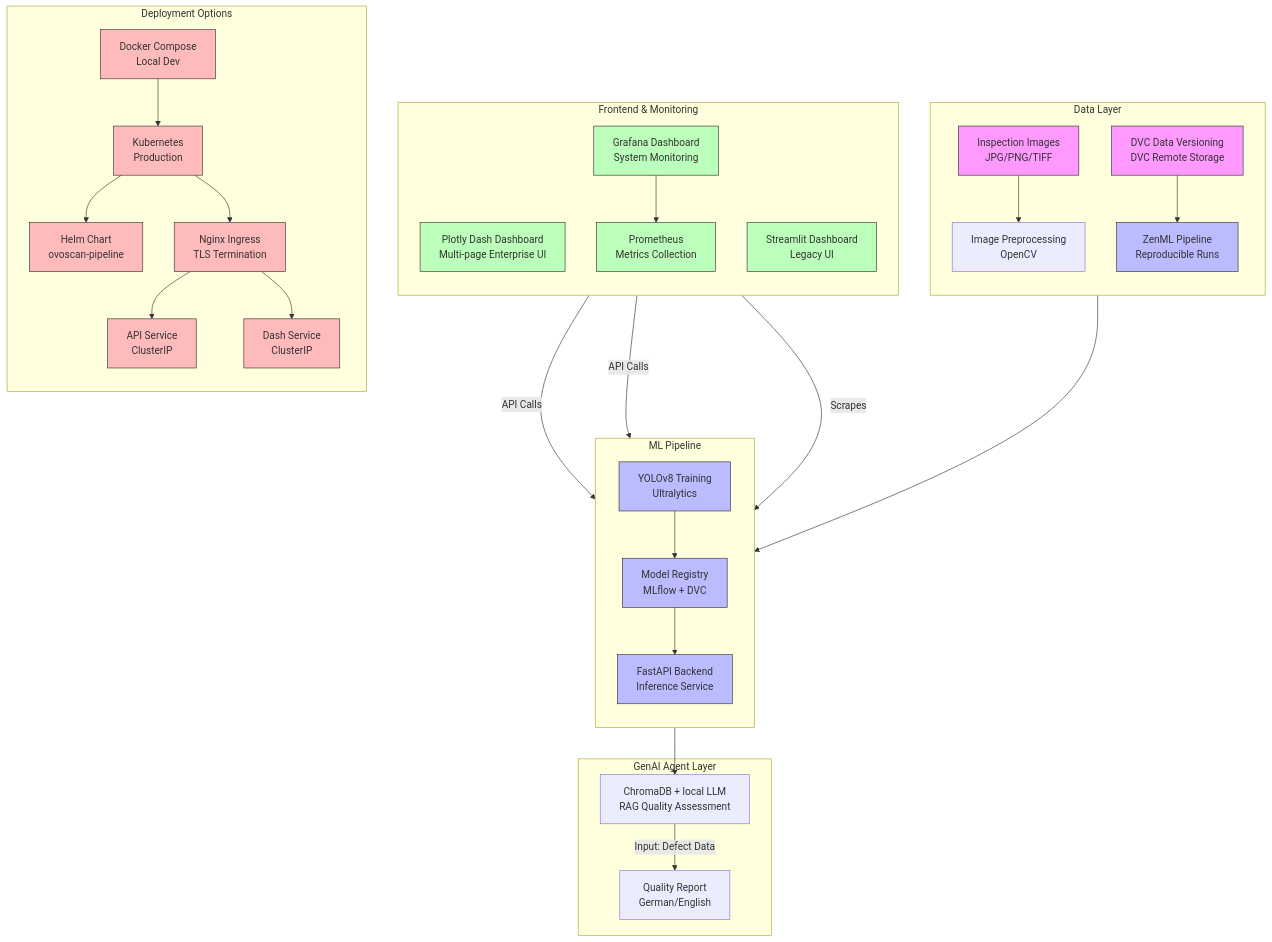
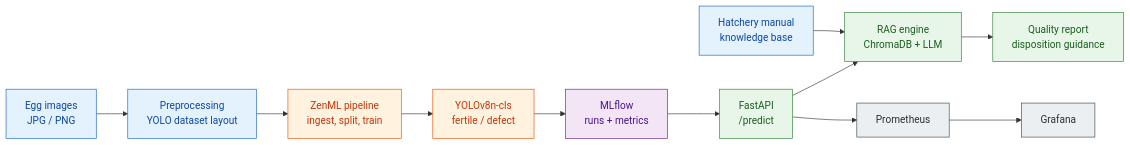
The diagram in README.md (ksnishat/ovoscan-pipeline), drawn with Mermaid before and after one commit.

Commit message:
docs: redesign the architecture diagram so it renders as a pipeline
The diagram had a disconnected Deployment subgraph with no edges to the rest, so
Mermaid laid it out independently and GitHub rendered it floating away from the
pipeline with no reading order.

Replaced with a single connected left-to-right flow: images -> preprocessing ->
ZenML -> YOLOv8-cls -> MLflow -> API -> RAG report and monitoring. Verified by
rendering the exact block from this README with mermaid-cli.

````diff
--- a/README.md
+++ b/README.md
@@ -44,52 +44,25 @@
 ```mermaid
-graph TD
-    %% Data Sources
-    subgraph Data[Data Layer]
-        direction TB
-        Images[Inspection Images<br/>JPG/PNG/TIFF] --> Preprocessing[Image Preprocessing<br/>OpenCV]
-        DVC_Data[DVC Data Versioning<br/>DVC Remote Storage] --> ZenML[ZenML Pipeline<br/>Reproducible Runs]
-    end
-    
-    %% ML Pipeline
-    subgraph ML_Pipeline[ML Pipeline]
-        direction TB
-        ZenML --> YOLO[YOLOv8 Training<br/>Ultralytics]
-        YOLO --> Model_Registry[Model Registry<br/>MLflow + DVC]
-        Model_Registry --> API_Backend[FastAPI Backend<br/>Inference Service]
-    end
-    
-    %% GenAI Agent
-    subgraph GenAI[GenAI Agent Layer]
-        Ollama[ChromaDB + local LLM<br/>RAG Quality Assessment] -->|Input: Defect Data| Report[Quality Report<br/>German/English]
-        API_Backend --> Ollama
-    end
-    
-    %% Frontend & Monitoring
-    subgraph Frontend[Frontend & Monitoring]
-        direction TB
-        Dash[Plotly Dash Dashboard<br/>Multi-page Enterprise UI] -->|API Calls| API_Backend
-        Streamlit[Streamlit Dashboard<br/>Legacy UI] -->|API Calls| API_Backend
-        Grafana[Grafana Dashboard<br/>System Monitoring] --> Prometheus
-        Prometheus[Prometheus<br/>Metrics Collection] -->|Scrapes| API_Backend
-    end
-    
-    %% Deployment
-    subgraph Deployment[Deployment Options]
-        direction TB
-        Docker[Docker Compose<br/>Local Dev] --> K8s[Kubernetes<br/>Production]
-        K8s --> Helm[Helm Chart<br/>ovoscan-pipeline]
-        K8s --> Ingress[Nginx Ingress<br/>TLS Termination]
-        Ingress --> API_Service[API Service<br/>ClusterIP]
-        Ingress --> Dash_Service[Dash Service<br/>ClusterIP]
-    end
-    
-    %% Styling
-    classDef data fill:#f9f,stroke:#333,stroke-width:1px;
-    classDef ml fill:#bbf,stroke:#333,stroke-width:1px;
-    classDef frontend fill:#bfb,stroke:#333,stroke-width:1px;
-    classDef deploy fill:#fbb,stroke:#333,stroke-width:1px;
-    class Images,DVC_Data data;
-    class ZenML,YOLO,Model_Registry,API_Backend ml;
-    class Dash,Streamlit,Grafana,Prometheus frontend;
-    class Docker,K8s,Helm,Ingress,API_Service,Dash_Service deploy;
+flowchart LR
+    IMG["Egg images<br/>JPG / PNG"] --> PRE["Preprocessing<br/>YOLO dataset layout"]
+    PRE --> ZENML["ZenML pipeline<br/>ingest, split, train"]
+    ZENML --> YOLO["YOLOv8n-cls<br/>fertile / defect"]
+    YOLO --> MLflow["MLflow<br/>runs + metrics"]
+    MLflow --> API["FastAPI<br/>/predict"]
+    KB["Hatchery manual<br/>knowledge base"] --> RAG["RAG engine<br/>ChromaDB + LLM"]
+    API --> RAG
+    RAG --> REPORT["Quality report<br/>disposition guidance"]
+    API --> Prom["Prometheus"]
+    Prom --> Graf["Grafana"]
+
+    classDef data fill:#e3f2fd,stroke:#1565c0,stroke-width:1px,color:#0d47a1
+    classDef train fill:#fff3e0,stroke:#e65100,stroke-width:1px,color:#bf360c
+    classDef track fill:#f3e5f5,stroke:#6a1b9a,stroke-width:1px,color:#4a148c
+    classDef serve fill:#e8f5e9,stroke:#2e7d32,stroke-width:1px,color:#1b5e20
+    classDef observe fill:#eceff1,stroke:#37474f,stroke-width:1px,color:#263238
+
+    class IMG,PRE,KB data
+    class ZENML,YOLO train
+    class MLflow track
+    class API,RAG,REPORT serve
+    class Prom,Graf observe
 ```
````
